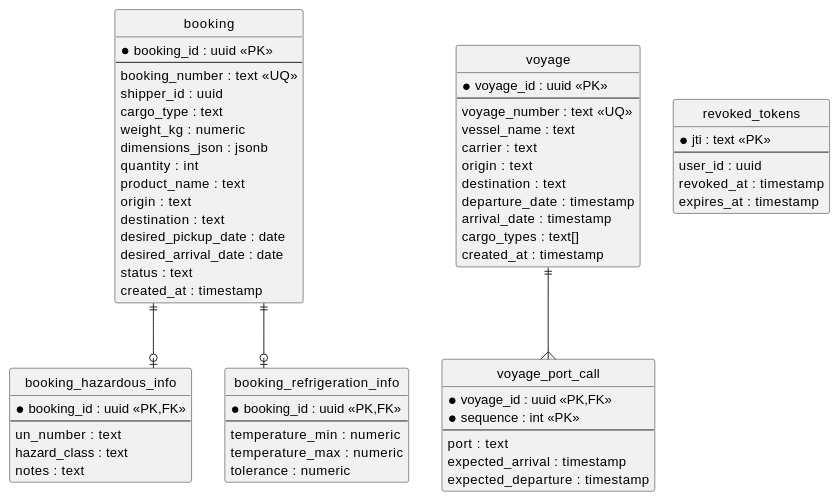
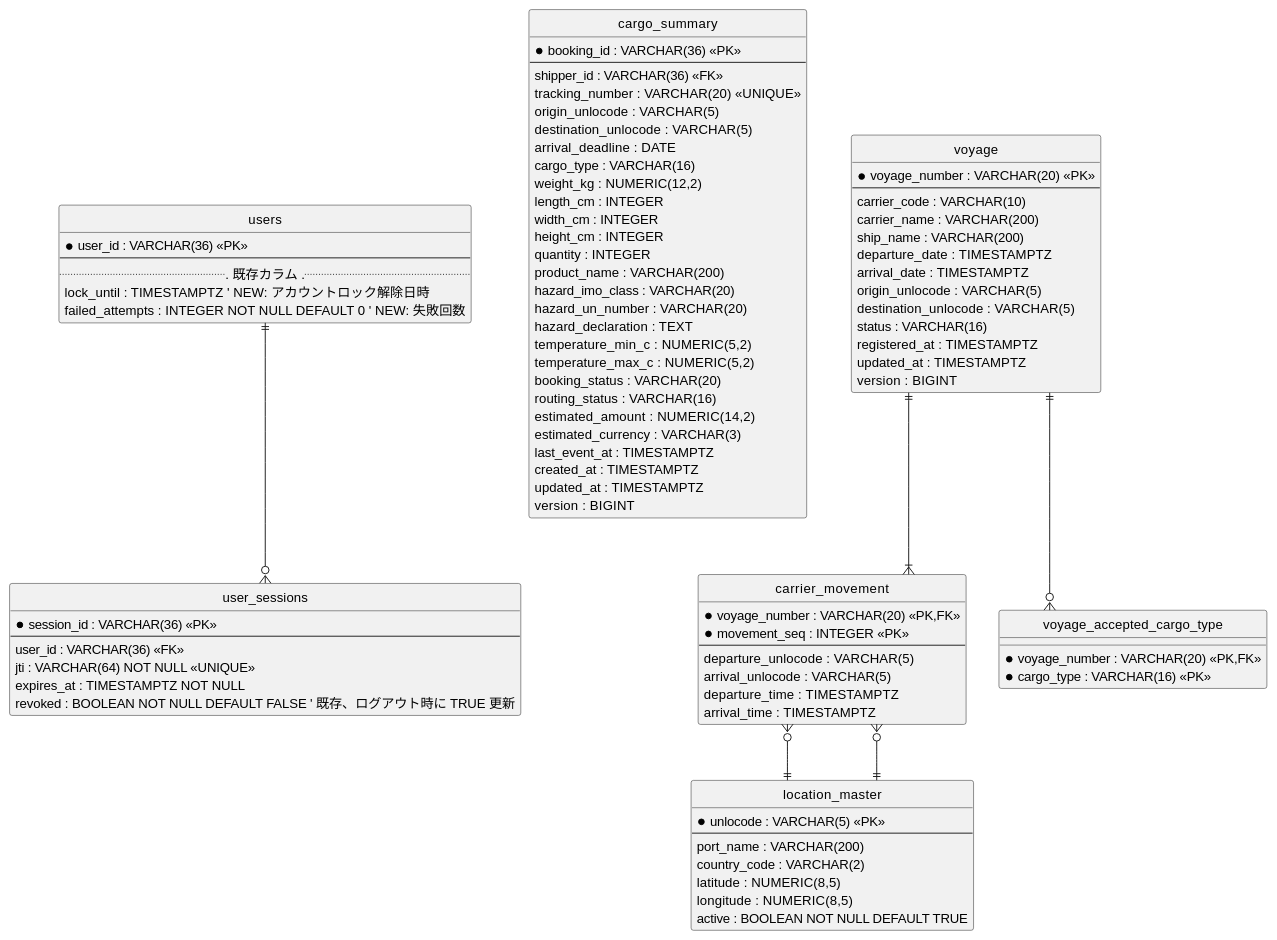
The fourth of 7 diagrams in docs/development/iteration_plan-2.md (k2works/case-study-cargo-tracker), drawn with PlantUML before and after one commit. The commit also changed other lines of this file, not shown here.

````diff
--- a/docs/development/iteration_plan-2.md
+++ b/docs/development/iteration_plan-2.md
@@ -408,74 +476,102 @@
 hide circle
 skinparam linetype ortho
 
-entity "booking" as bk {
-    *booking_id : uuid <<PK>>
+' === auth_db（既存テーブル拡張） ===
+entity "users" as users {
+    *user_id : VARCHAR(36) <<PK>>
     --
-    booking_number : text <<UQ>>
-    shipper_id : uuid
-    cargo_type : text
-    weight_kg : numeric
-    dimensions_json : jsonb
-    quantity : int
-    product_name : text
-    origin : text
-    destination : text
-    desired_pickup_date : date
-    desired_arrival_date : date
-    status : text
-    created_at : timestamp
+    ... 既存カラム ...
+    lock_until : TIMESTAMPTZ  ' NEW: アカウントロック解除日時
+    failed_attempts : INTEGER NOT NULL DEFAULT 0  ' NEW: 失敗回数
 }
 
-entity "booking_hazardous_info" as hz {
-    *booking_id : uuid <<PK,FK>>
+entity "user_sessions" as us {
+    *session_id : VARCHAR(36) <<PK>>
     --
-    un_number : text
-    hazard_class : text
-    notes : text
+    user_id : VARCHAR(36) <<FK>>
+    jti : VARCHAR(64) NOT NULL <<UNIQUE>>
+    expires_at : TIMESTAMPTZ NOT NULL
+    revoked : BOOLEAN NOT NULL DEFAULT FALSE  ' 既存、ログアウト時に TRUE 更新
 }
 
-entity "booking_refrigeration_info" as rf {
-    *booking_id : uuid <<PK,FK>>
+' === booking_read_db（既存設計準拠） ===
+entity "cargo_summary" as cargo {
+    *booking_id : VARCHAR(36) <<PK>>
     --
-    temperature_min : numeric
-    temperature_max : numeric
-    tolerance : numeric
+    shipper_id : VARCHAR(36) <<FK>>
+    tracking_number : VARCHAR(20) <<UNIQUE>>
+    origin_unlocode : VARCHAR(5)
+    destination_unlocode : VARCHAR(5)
+    arrival_deadline : DATE
+    cargo_type : VARCHAR(16)
+    weight_kg : NUMERIC(12,2)
+    length_cm : INTEGER
+    width_cm : INTEGER
+    height_cm : INTEGER
+    quantity : INTEGER
+    product_name : VARCHAR(200)
+    hazard_imo_class : VARCHAR(20)
+    hazard_un_number : VARCHAR(20)
+    hazard_declaration : TEXT
+    temperature_min_c : NUMERIC(5,2)
+    temperature_max_c : NUMERIC(5,2)
+    booking_status : VARCHAR(20)
+    routing_status : VARCHAR(16)
+    estimated_amount : NUMERIC(14,2)
+    estimated_currency : VARCHAR(3)
+    last_event_at : TIMESTAMPTZ
+    created_at : TIMESTAMPTZ
+    updated_at : TIMESTAMPTZ
+    version : BIGINT
 }
 
+' === routing_read_db（routingms 新規起動） ===
 entity "voyage" as vy {
-    *voyage_id : uuid <<PK>>
+    *voyage_number : VARCHAR(20) <<PK>>
     --
-    voyage_number : text <<UQ>>
-    vessel_name : text
-    carrier : text
-    origin : text
-    destination : text
-    departure_date : timestamp
-    arrival_date : timestamp
-    cargo_types : text[]
-    created_at : timestamp
+    carrier_code : VARCHAR(10)
+    carrier_name : VARCHAR(200)
+    ship_name : VARCHAR(200)
+    departure_date : TIMESTAMPTZ
+    arrival_date : TIMESTAMPTZ
+    origin_unlocode : VARCHAR(5)
+    destination_unlocode : VARCHAR(5)
+    status : VARCHAR(16)
+    registered_at : TIMESTAMPTZ
+    updated_at : TIMESTAMPTZ
+    version : BIGINT
 }
 
-entity "voyage_port_call" as pc {
-    *voyage_id : uuid <<PK,FK>>
-    *sequence : int <<PK>>
+entity "carrier_movement" as mv {
+    *voyage_number : VARCHAR(20) <<PK,FK>>
+    *movement_seq : INTEGER <<PK>>
     --
-    port : text
-    expected_arrival : timestamp
-    expected_departure : timestamp
+    departure_unlocode : VARCHAR(5)
+    arrival_unlocode : VARCHAR(5)
+    departure_time : TIMESTAMPTZ
+    arrival_time : TIMESTAMPTZ
 }
 
-entity "revoked_tokens" as rt {
-    *jti : text <<PK>>
-    --
-    user_id : uuid
-    revoked_at : timestamp
-    expires_at : timestamp
+entity "voyage_accepted_cargo_type" as ct {
+    *voyage_number : VARCHAR(20) <<PK,FK>>
+    *cargo_type : VARCHAR(16) <<PK>>
 }
 
-bk ||--o| hz
-bk ||--o| rf
-vy ||--{ pc
+entity "location_master" as lm {
+    *unlocode : VARCHAR(5) <<PK>>
+    --
+    port_name : VARCHAR(200)
+    country_code : VARCHAR(2)
+    latitude : NUMERIC(8,5)
+    longitude : NUMERIC(8,5)
+    active : BOOLEAN NOT NULL DEFAULT TRUE
+}
+
+users ||--o{ us
+vy ||--|{ mv
+vy ||--o{ ct
+mv }o--|| lm
+mv }o--|| lm
 
 @enduml
 ```
````
